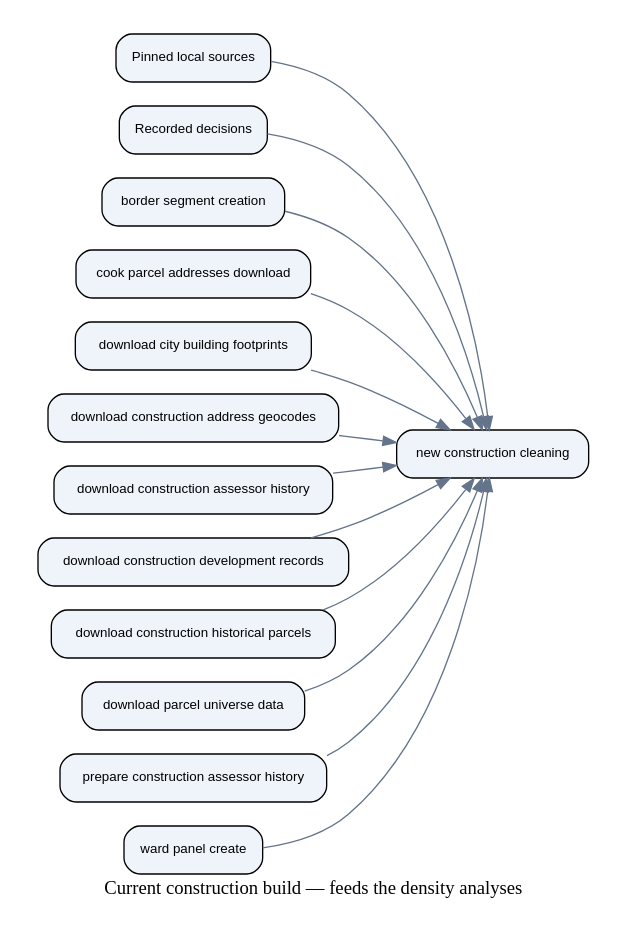
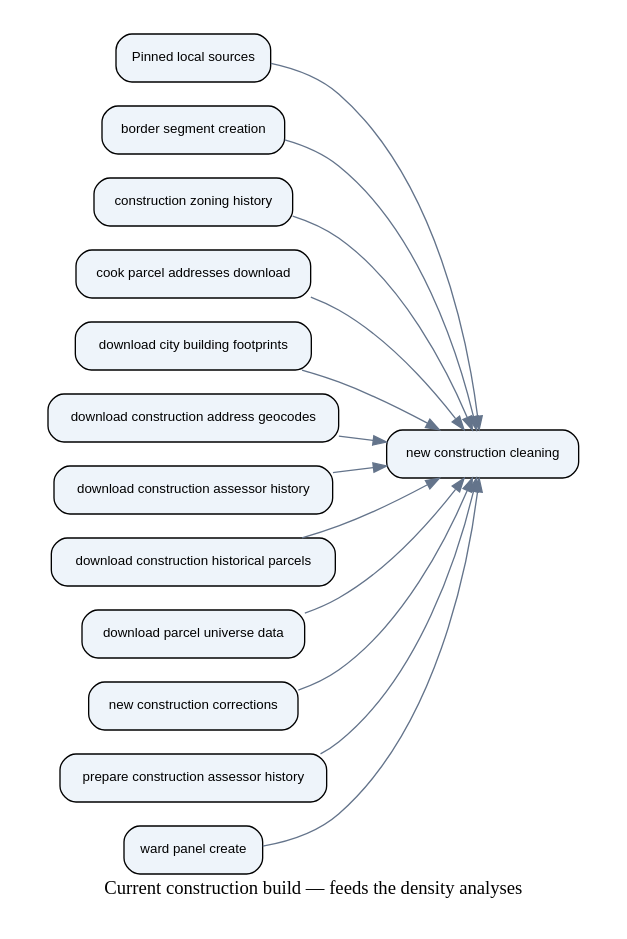
The diagram in task_graph/construction_tasks.dot (JacobHerbstman/aldermanic_privilege), drawn with Graphviz before and after one commit. The commit also changed 526 other files, not shown here.

Commit message:
Simplify production builds and construction cleaning

```diff
--- a/task_graph/construction_tasks.dot
+++ b/task_graph/construction_tasks.dot
@@ -1,32 +1,32 @@
 digraph construction {
 rankdir=LR;
 graph [bgcolor="white", pad=.25, nodesep=.25, ranksep=.5];
 node [shape=box, style="rounded,filled", fillcolor="#eef4fa", fontname="Helvetica", fontsize=10];
 edge [color="#64748b"];
 "Pinned local sources" [label="Pinned local sources"];
-"Recorded decisions" [label="Recorded decisions"];
 "border_segment_creation" [label="border segment creation"];
+"construction_zoning_history" [label="construction zoning history"];
 "cook_parcel_addresses_download" [label="cook parcel addresses download"];
 "download_city_building_footprints" [label="download city building footprints"];
 "download_construction_address_geocodes" [label="download construction address geocodes"];
 "download_construction_assessor_history" [label="download construction assessor history"];
-"download_construction_development_records" [label="download construction development records"];
 "download_construction_historical_parcels" [label="download construction historical parcels"];
 "download_parcel_universe_data" [label="download parcel universe data"];
 "new_construction_cleaning" [label="new construction cleaning"];
+"new_construction_corrections" [label="new construction corrections"];
 "prepare_construction_assessor_history" [label="prepare construction assessor history"];
 "ward_panel_create" [label="ward panel create"];
 "Pinned local sources" -> "new_construction_cleaning";
-"Recorded decisions" -> "new_construction_cleaning";
 "border_segment_creation" -> "new_construction_cleaning";
+"construction_zoning_history" -> "new_construction_cleaning";
 "cook_parcel_addresses_download" -> "new_construction_cleaning";
 "download_city_building_footprints" -> "new_construction_cleaning";
 "download_construction_address_geocodes" -> "new_construction_cleaning";
 "download_construction_assessor_history" -> "new_construction_cleaning";
-"download_construction_development_records" -> "new_construction_cleaning";
 "download_construction_historical_parcels" -> "new_construction_cleaning";
 "download_parcel_universe_data" -> "new_construction_cleaning";
+"new_construction_corrections" -> "new_construction_cleaning";
 "prepare_construction_assessor_history" -> "new_construction_cleaning";
 "ward_panel_create" -> "new_construction_cleaning";
 label="Current construction build — feeds the density analyses";
 }
```
